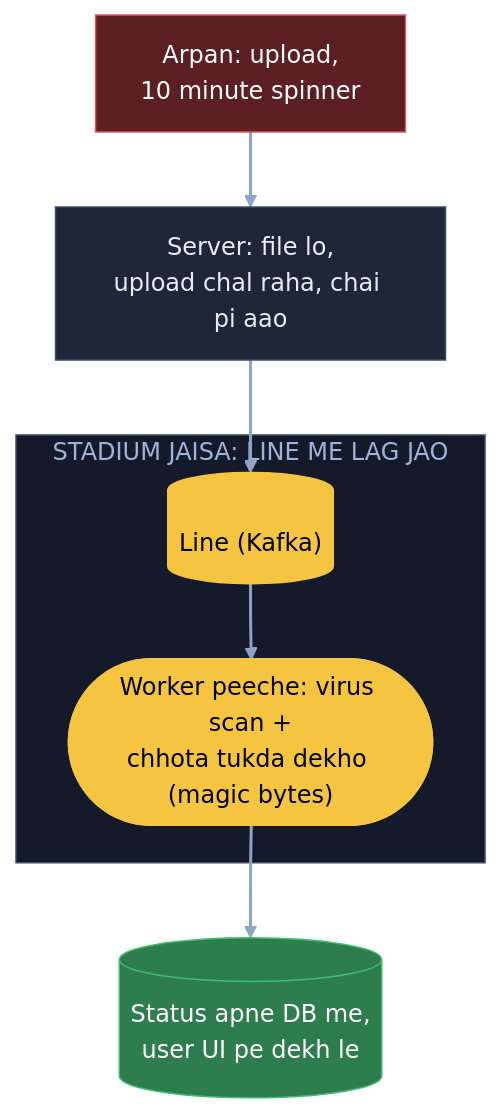
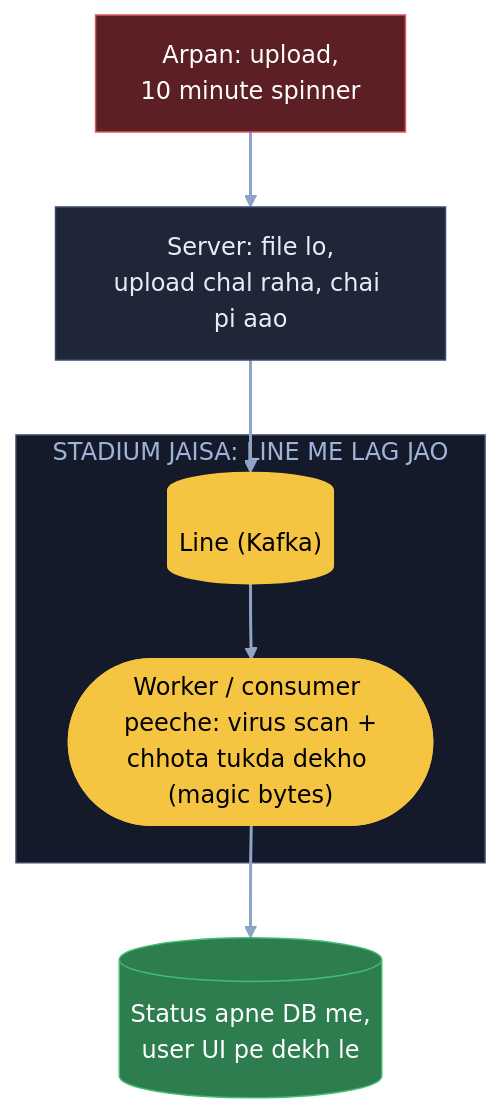
Before and after one commit to ArpanMaheshwari144/Prep: the first of 8 diagrams in 04_HLD/SYSTEM_DESIGNS/07_file_upload_validate_system/07_file_upload.md, drawn with Mermaid (neutral theme). The commit also changed other lines of this file and 29 other files, not shown here.

Commit message:
HLD: worker -> worker / consumer har jagah (Arpan ke 'Arpan:' shabd chhod ke); Foundations 07 pehla hissa tube + stadium

````diff
--- a/04_HLD/SYSTEM_DESIGNS/07_file_upload_validate_system/07_file_upload.md
+++ b/04_HLD/SYSTEM_DESIGNS/07_file_upload_validate_system/07_file_upload.md
@@ -55,20 +55,20 @@
 ```mermaid
 flowchart TB
     A["Arpan: upload,<br/>10 minute spinner"]:::bad
     U["Server: file lo,<br/>upload chal raha, chai pi aao"]:::card
     subgraph SL["STADIUM JAISA: LINE ME LAG JAO"]
         K[("Line (Kafka)")]:::pill
-        W(["Worker peeche: virus scan +<br/>chhota tukda dekho (magic bytes)"]):::pill
+        W(["Worker / consumer peeche: virus scan +<br/>chhota tukda dekho (magic bytes)"]):::pill
     end
     DB[("Status apne DB me,<br/>user UI pe dekh le")]:::good
     A --> U
     U --> K
     K --> W
     W --> DB
     linkStyle default stroke:#8fa3c7,stroke-width:2px
     classDef card fill:#1e2638,stroke:#3a4a6b,color:#e8ecf5
     classDef pill fill:#f5c542,stroke:#f5c542,color:#000
     classDef good fill:#2e7d4f,stroke:#3fbf6f,color:#fff
     classDef bad fill:#5c1f24,stroke:#e05561,color:#fff
     style SL fill:#141a29,stroke:#3a4a6b,color:#9fb3d9
 ```
````
